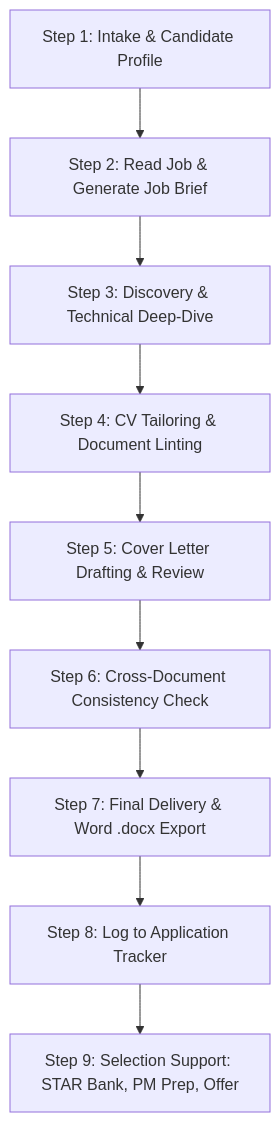
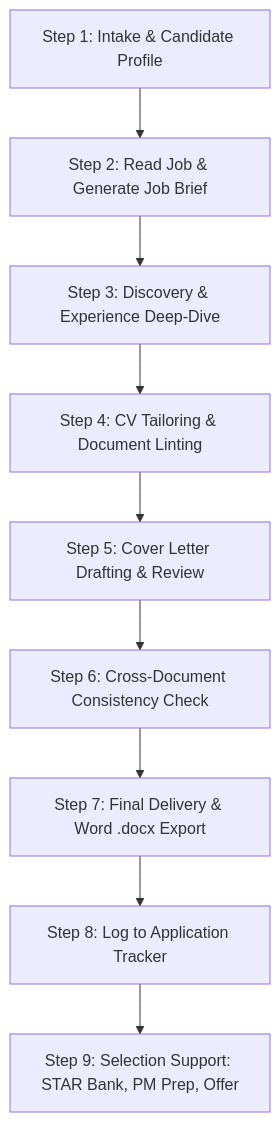
One commit to lalulali/vancy changed the diagram in WORKFLOW.md. Above: the diagram before and after it, drawn with Mermaid. The commit also changed other lines of this file and 21 other files, not shown here.

````diff
--- a/WORKFLOW.md
+++ b/WORKFLOW.md
@@ -85,11 +85,11 @@
 ```mermaid
 flowchart TD
     A[Step 1: Intake & Candidate Profile] --> B[Step 2: Read Job & Generate Job Brief]
-    B --> C[Step 3: Discovery & Technical Deep-Dive]
+    B --> C[Step 3: Discovery & Experience Deep-Dive]
     C --> D[Step 4: CV Tailoring & Document Linting]
     D --> E[Step 5: Cover Letter Drafting & Review]
     E --> F[Step 6: Cross-Document Consistency Check]
     F --> G[Step 7: Final Delivery & Word .docx Export]
     G --> H[Step 8: Log to Application Tracker]
     H --> I[Step 9: Selection Support: STAR Bank, PM Prep, Offer]
 ```
````
